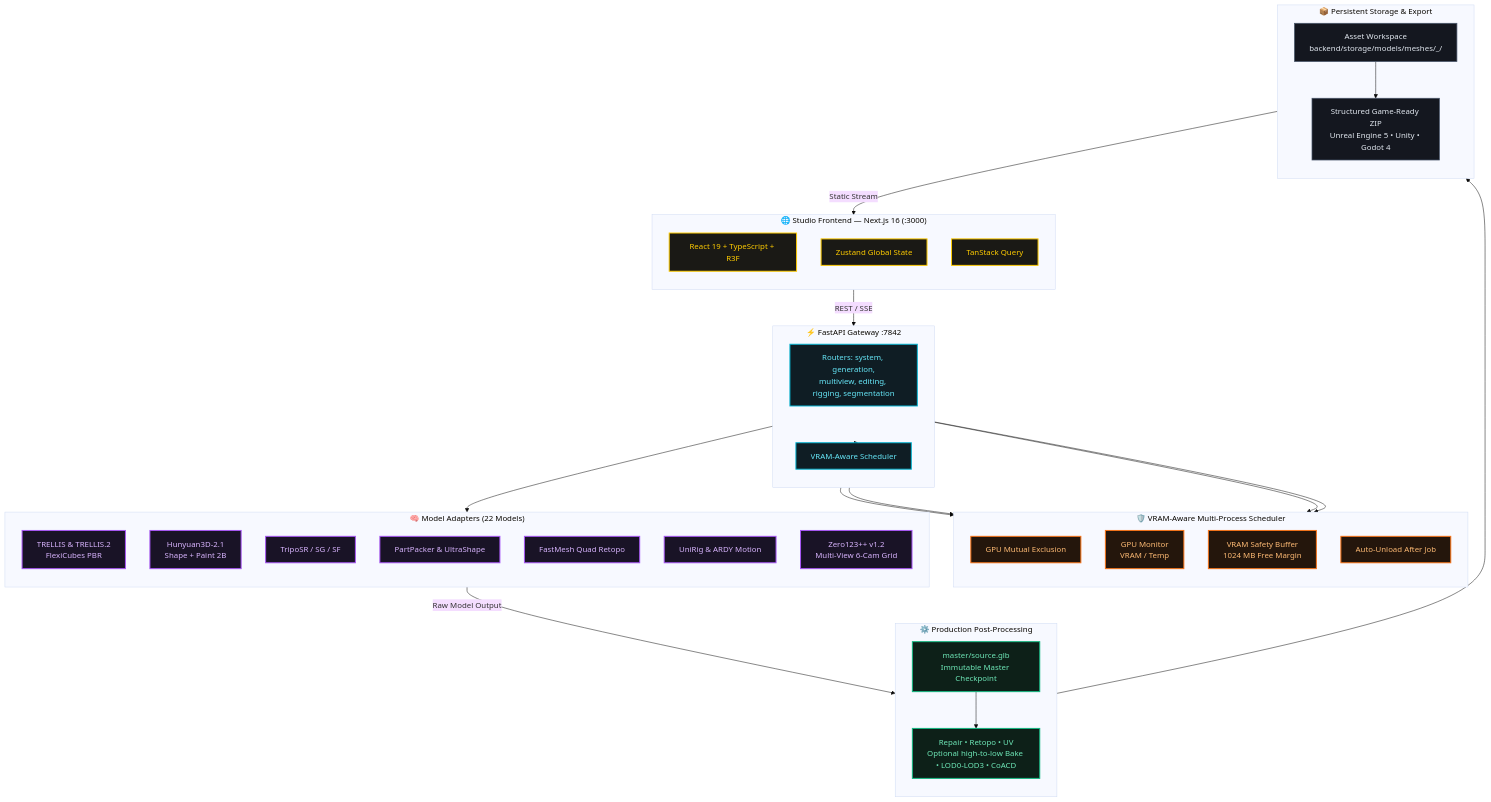
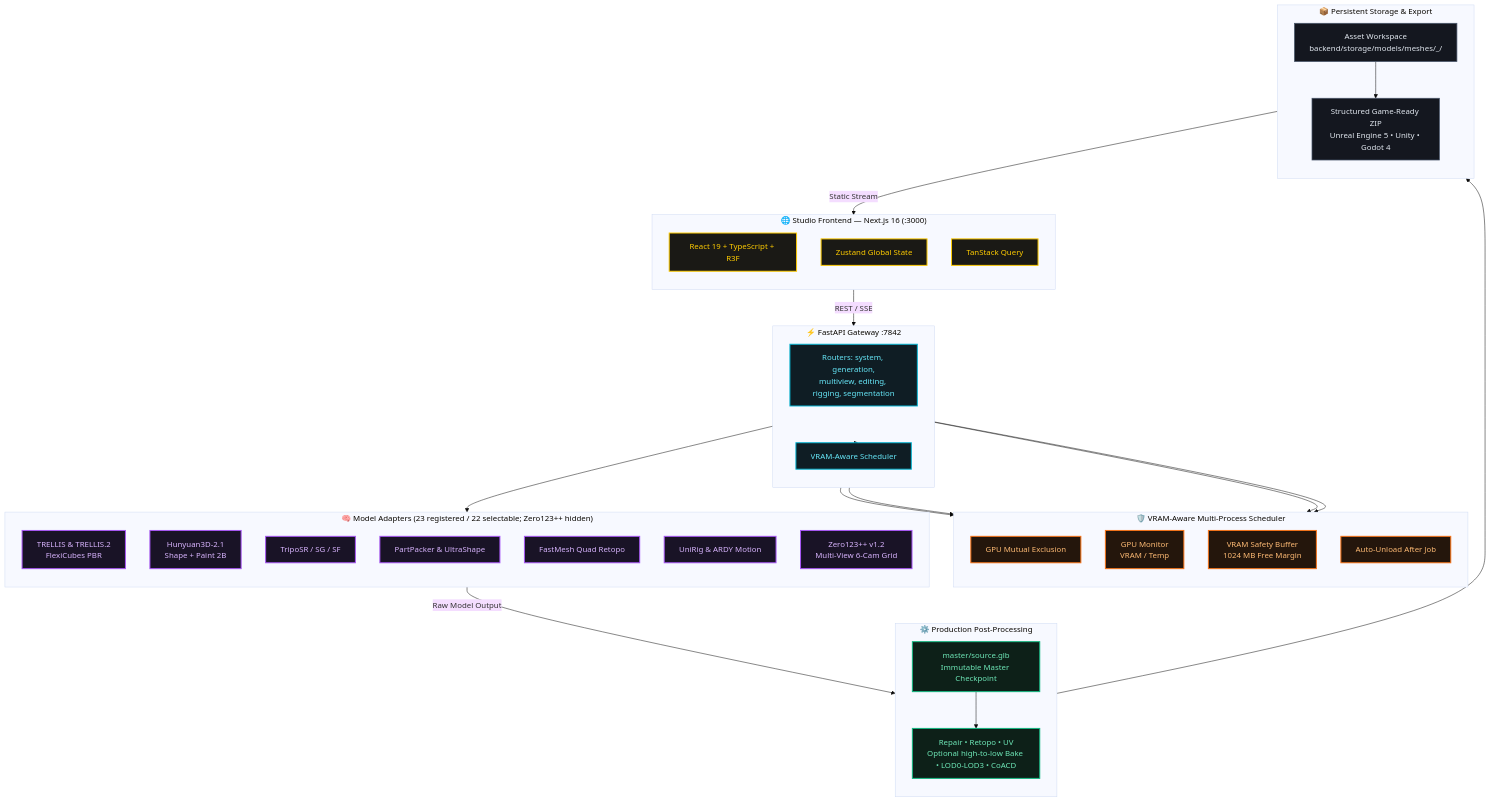
One commit to Silentzx2/ForMash3D changed the first of 3 diagrams in Docs/SYSTEM-BLUEPRINT.md. Above: the diagram before and after it, drawn with Mermaid (base theme). The commit also changed other lines of this file and 10 other files, not shown here.

````diff
--- a/Docs/SYSTEM-BLUEPRINT.md
+++ b/Docs/SYSTEM-BLUEPRINT.md
@@ -38,66 +38,66 @@
 ```mermaid
 graph TD
     classDef gold fill:#1a1915,stroke:#ffcc00,stroke-width:2px,color:#ffcc00;
     classDef cyan fill:#0f1d24,stroke:#06b6d4,stroke-width:2px,color:#67e8f9;
     classDef purple fill:#191326,stroke:#a855f7,stroke-width:2px,color:#d8b4fe;
     classDef green fill:#0d2018,stroke:#10b981,stroke-width:2px,color:#6ee7b7;
     classDef orange fill:#24160c,stroke:#f97316,stroke-width:2px,color:#fdba74;
     classDef slate fill:#14171f,stroke:#475569,stroke-width:1.5px,color:#e2e8f0;
 
     subgraph Client["🌐 Studio Frontend — Next.js 16 (:3000)"]
         direction TB
         UI["React 19 + TypeScript + R3F"]:::gold
         STATE["Zustand Global State"]:::gold
         QUERY["TanStack Query"]:::gold
     end
 
     subgraph Gateway["⚡ FastAPI Gateway :7842"]
         direction TB
         API["Routers: system, generation,<br/>multiview, editing, rigging, segmentation"]:::cyan
         SCHED["VRAM-Aware Scheduler"]:::cyan
     end
 
     subgraph S["🛡️ VRAM-Aware Multi-Process Scheduler"]
         direction TB
         GPU_LOCK["GPU Mutual Exclusion"]:::orange
         MONITOR["GPU Monitor<br/>VRAM / Temp"]:::orange
         SAFETY["VRAM Safety Buffer<br/>1024 MB Free Margin"]:::orange
         AUTO_UNLOAD["Auto-Unload After Job"]:::orange
     end
 
-    subgraph Adapters["🧠 Model Adapters (22 Models)"]
+    subgraph Adapters["🧠 Model Adapters (23 registered / 22 selectable; Zero123++ hidden)"]
         direction TB
         TRELLIS["TRELLIS & TRELLIS.2<br/>FlexiCubes PBR"]:::purple
         HUNY["Hunyuan3D-2.1<br/>Shape + Paint 2B"]:::purple
         TRIPO["TripoSR / SG / SF"]:::purple
         PP["PartPacker & UltraShape"]:::purple
         FM["FastMesh Quad Retopo"]:::purple
         UR["UniRig & ARDY Motion"]:::purple
         Z123["Zero123++ v1.2<br/>Multi-View 6-Cam Grid"]:::purple
     end
 
     subgraph PostProcess["⚙️ Production Post-Processing"]
         direction TB
         CHECK["master/source.glb<br/>Immutable Master Checkpoint"]:::green
         FINISH["Repair • Retopo • UV<br/>Optional high-to-low Bake • LOD0-LOD3 • CoACD"]:::green
     end
 
     subgraph Storage["📦 Persistent Storage & Export"]
         direction TB
         LOCAL["Asset Workspace<br/>backend/storage/models/meshes/<asset>_<job_id>/"]:::slate
         ZIP["Structured Game-Ready ZIP<br/>Unreal Engine 5 • Unity • Godot 4"]:::slate
     end
 
     Client -- "REST / SSE" --> Gateway
     Gateway --> SCHED
     SCHED --> GPU_LOCK
     SCHED --> MONITOR
     SCHED --> SAFETY
     SCHED --> AUTO_UNLOAD
     SCHED --> Adapters
     Adapters -->|Raw Model Output| CHECK
     CHECK --> FINISH
     FINISH --> LOCAL
     LOCAL --> ZIP
     LOCAL -- "Static Stream" --> Client
 ```
````
